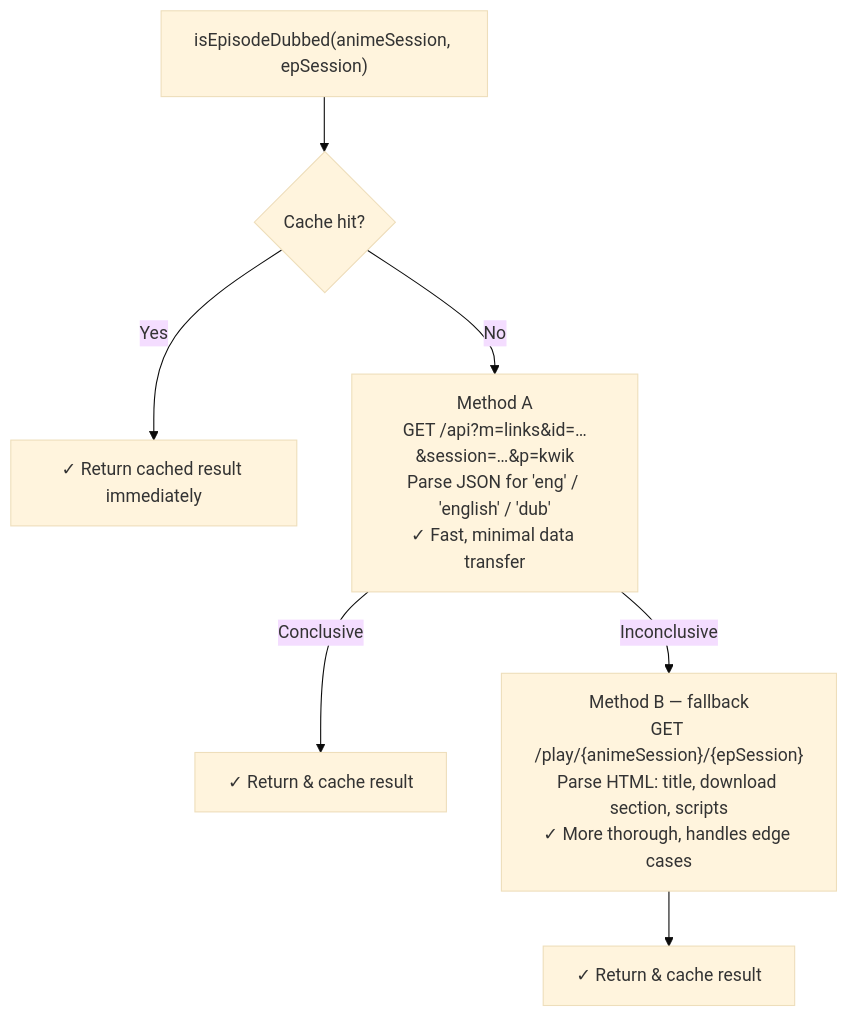
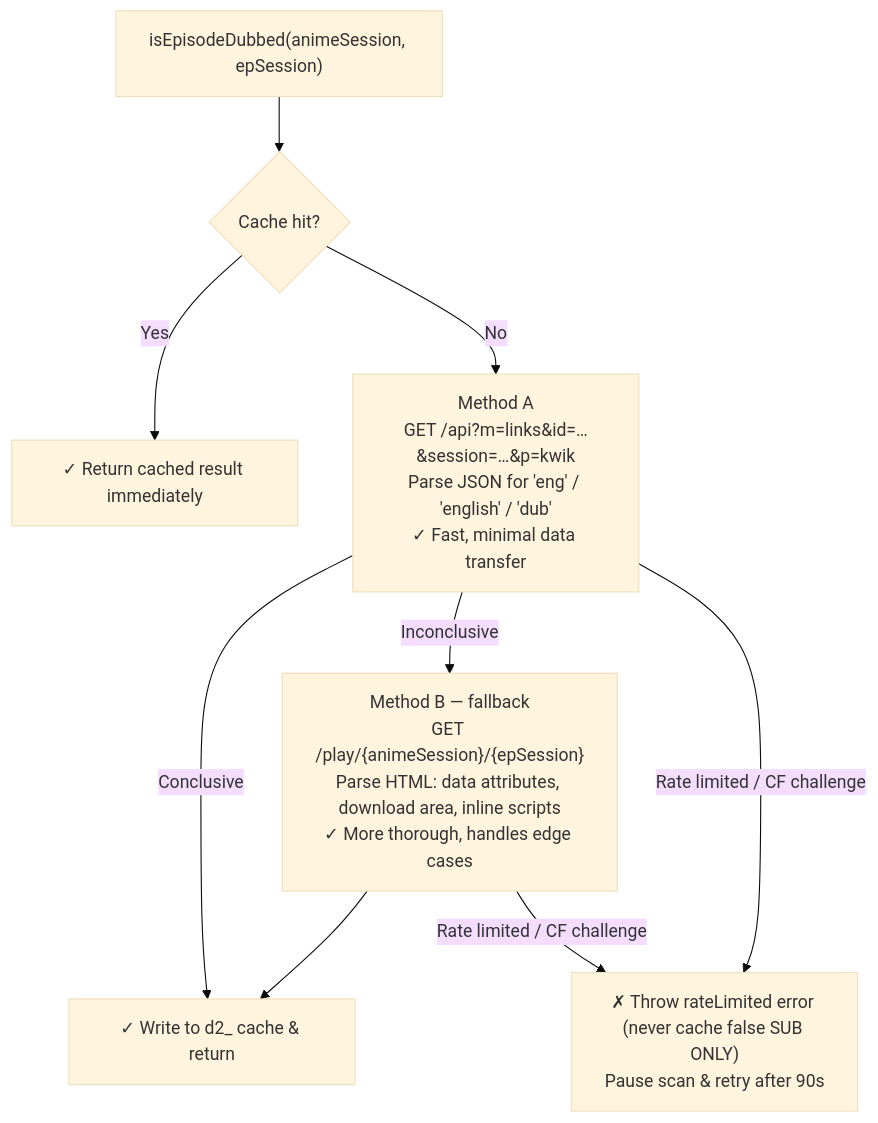
The fourth of 5 diagrams in docs/ARCHITECTURE.md (abdullahkhfb/animepahe-enhancer), drawn with Mermaid (base theme) before and after one commit. The commit also changed other lines of this file and 41 other files, not shown here.

````diff
--- a/docs/ARCHITECTURE.md
+++ b/docs/ARCHITECTURE.md
@@ -207,9 +228,18 @@
 ```mermaid
 flowchart TD
     A["isEpisodeDubbed(animeSession, epSession)"] --> B{Cache hit?}
     B -->|Yes| C["✓ Return cached result immediately"]
-    B -->|No| D["Method A\nGET /api?m=links&id=…&session=…&p=kwik\nParse JSON for 'eng' / 'english' / 'dub'\n✓ Fast, minimal data transfer"]
-    D -->|Conclusive| E["✓ Return & cache result"]
-    D -->|Inconclusive| F["Method B — fallback\nGET /play/{animeSession}/{epSession}\nParse HTML: title, download section, scripts\n✓ More thorough, handles edge cases"]
-    F --> G["✓ Return & cache result"]
+    B -->|No| D["Method A
+GET /api?m=links&id=…&session=…&p=kwik
+Parse JSON for 'eng' / 'english' / 'dub'
+✓ Fast, minimal data transfer"]
+    D -->|Conclusive| E["✓ Write to d2_ cache & return"]
+    D -->|Inconclusive| F["Method B — fallback
+GET /play/{animeSession}/{epSession}
+Parse HTML: data attributes, download area, inline scripts
+✓ More thorough, handles edge cases"]
+    F --> E
+    D -->|Rate limited / CF challenge| R["✗ Throw rateLimited error (never cache false SUB ONLY)
+Pause scan & retry after 90s"]
+    F -->|Rate limited / CF challenge| R
 ```
````
